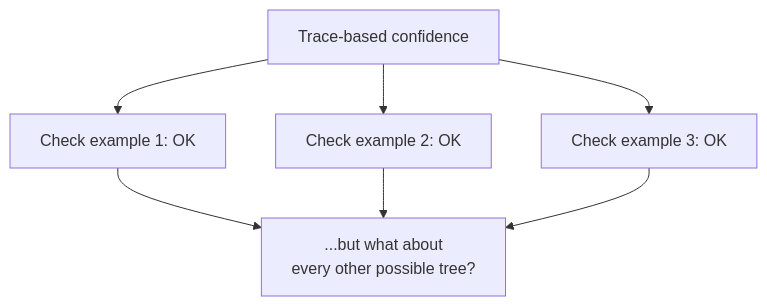
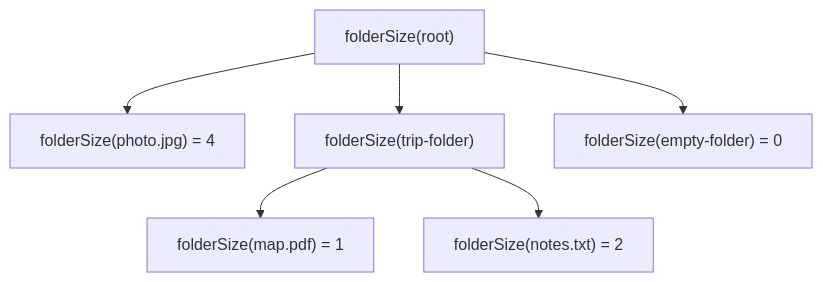
Before and after one commit to francoandreDev/knowledge: the first of 2 diagrams in src/content/logic/induction/L2-concept.mdx, drawn with Mermaid. The commit also changed other lines of this file and 3 other files, not shown here.

````diff
--- a/src/content/logic/induction/L2-concept.mdx
+++ b/src/content/logic/induction/L2-concept.mdx
@@ -46,9 +47,8 @@
 ```mermaid
 flowchart TD
-    A["Trace-based confidence"] --> B["Check example 1: OK"]
-    A --> C["Check example 2: OK"]
-    A --> D["Check example 3: OK"]
-    B --> E["...but what about\nevery other possible tree?"]
-    C --> E
-    D --> E
+    A["folderSize(root)"] --> B["folderSize(photo.jpg) = 4"]
+    A --> C["folderSize(trip-folder)"]
+    C --> D["folderSize(map.pdf) = 1"]
+    C --> E["folderSize(notes.txt) = 2"]
+    A --> F["folderSize(empty-folder) = 0"]
 ```
````
